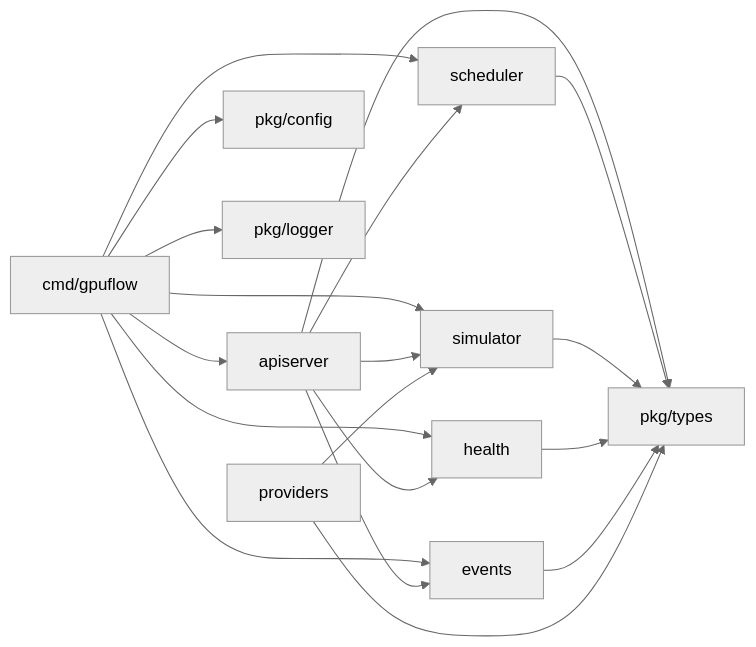
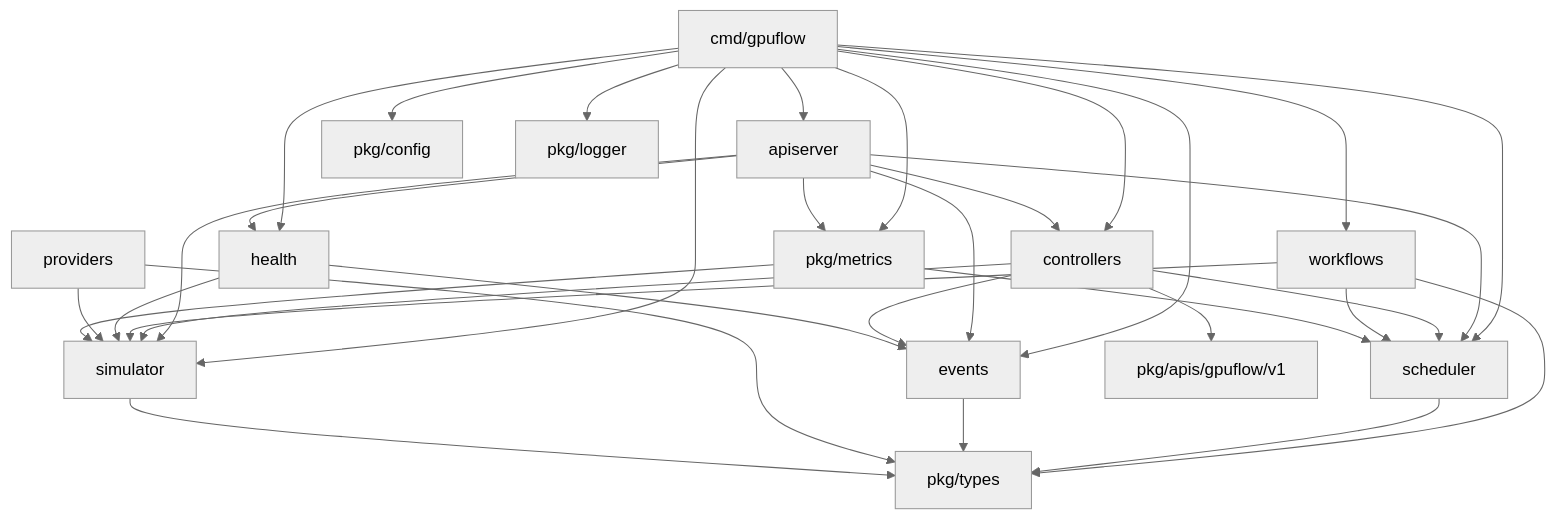
One commit to sailesh3010/GPUFlow changed the sixth of 6 diagrams in docs/architecture.md. Above: the diagram before and after it, drawn with Mermaid (neutral theme). The commit also changed other lines of this file and 3 other files, not shown here.

Commit message:
docs: add comprehensive architectural and sequence diagrams

````diff
--- a/docs/architecture.md
+++ b/docs/architecture.md
@@ -83,24 +325,39 @@
 ```mermaid
-graph LR
-    CMD["cmd/gpuflow"] --> API["apiserver"]
-    CMD --> SCHED["scheduler"]
-    CMD --> SIM["simulator"]
+graph TD
+    CMD["cmd/gpuflow"] --> APISERVER["apiserver"]
+    CMD --> CONTROLLERS["controllers"]
+    CMD --> WORKFLOWS["workflows"]
+    CMD --> SCHEDULER["scheduler"]
+    CMD --> EVENTS["events"]
     CMD --> HEALTH["health"]
-    CMD --> EVT["events"]
-    CMD --> CFG["pkg/config"]
-    CMD --> LOG["pkg/logger"]
+    CMD --> SIMULATOR["simulator"]
+    CMD --> METRICS["pkg/metrics"]
+    CMD --> CONFIG["pkg/config"]
+    CMD --> LOGGER["pkg/logger"]
 
-    API --> SCHED
-    API --> SIM
-    API --> HEALTH
-    API --> EVT
-    API --> TYPES["pkg/types"]
+    APISERVER --> CONTROLLERS
+    APISERVER --> SCHEDULER
+    APISERVER --> HEALTH
+    APISERVER --> EVENTS
+    APISERVER --> METRICS
+    APISERVER --> SIMULATOR
 
-    SCHED --> TYPES
-    SIM --> TYPES
-    HEALTH --> TYPES
-    EVT --> TYPES
+    CONTROLLERS --> SCHEDULER
+    CONTROLLERS --> EVENTS
+    CONTROLLERS --> SIMULATOR
+    CONTROLLERS --> APIS["pkg/apis/gpuflow/v1"]
 
-    PROV["providers"] --> SIM
-    PROV --> TYPES
+    WORKFLOWS --> SIMULATOR
+    WORKFLOWS --> SCHEDULER
+    WORKFLOWS --> TYPES["pkg/types"]
+
+    SCHEDULER --> TYPES
+    HEALTH --> SIMULATOR
+    HEALTH --> EVENTS
+    EVENTS --> TYPES
+    PROVIDERS["providers"] --> SIMULATOR
+    PROVIDERS --> TYPES
+    SIMULATOR --> TYPES
+    METRICS --> SIMULATOR
+    METRICS --> SCHEDULER
 ```
````
